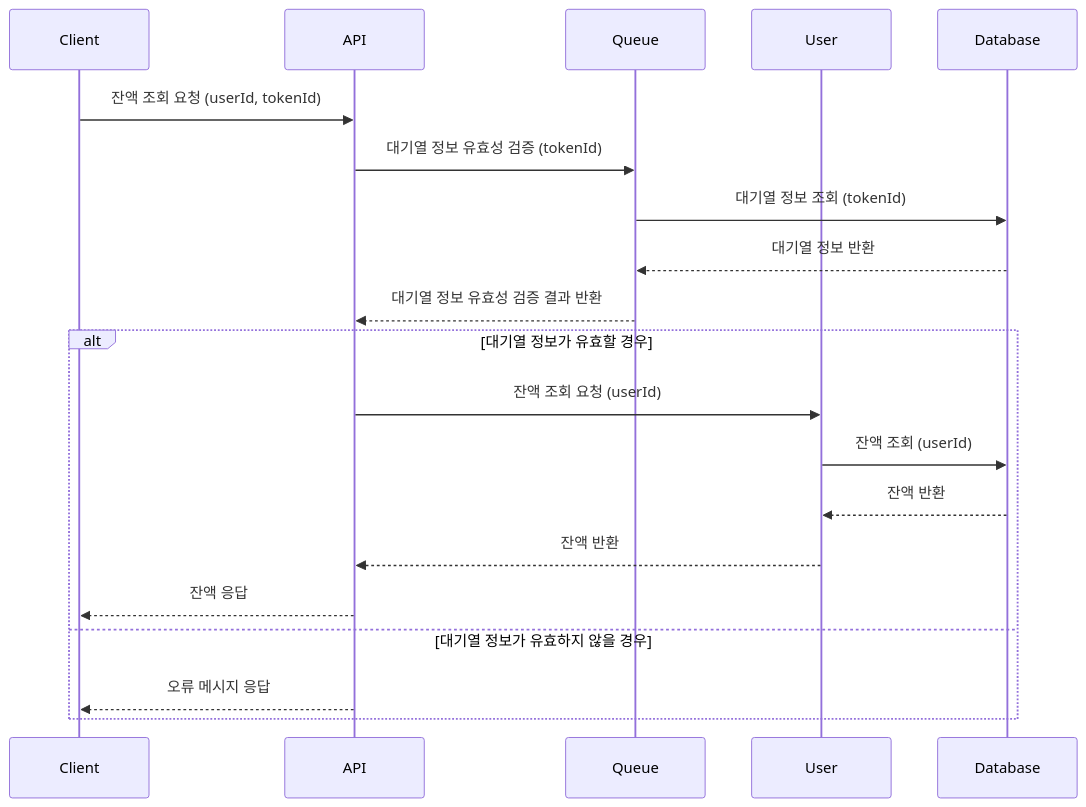
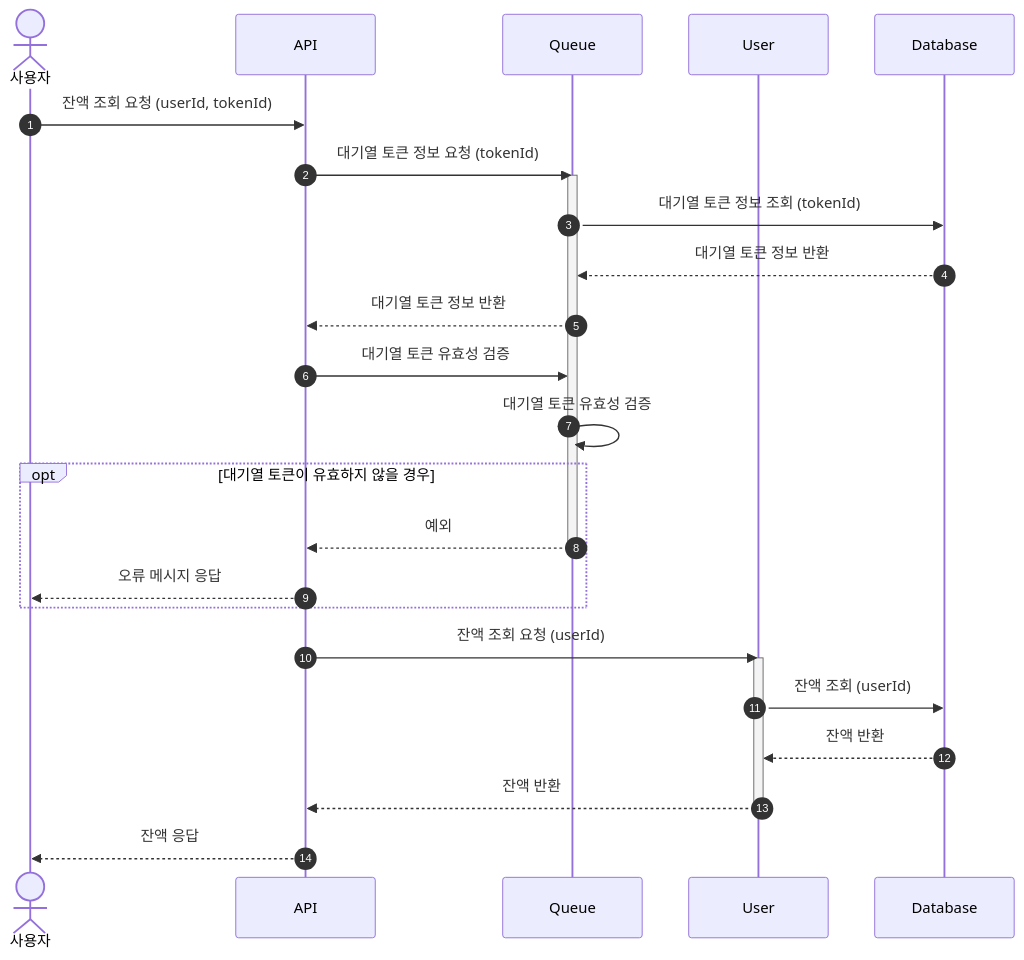
One commit to cocomongg/concert-reservation-system changed the sixth of 8 diagrams in docs/SequenceDiagram.md. Above: the diagram before and after it, drawn with Mermaid. The commit also changed other lines of this file, not shown here.

Commit message:
fix: sequence diagram 수정

````diff
--- a/docs/SequenceDiagram.md
+++ b/docs/SequenceDiagram.md
@@ -160,23 +216,30 @@
 ```mermaid
 sequenceDiagram
-    participant Client
+    autonumber
+    Actor U as 사용자
     participant API
     participant Queue
     participant User
     participant Database
-
-    Client->>API: 잔액 조회 요청 (userId, tokenId)
-    API->>Queue: 대기열 정보 유효성 검증 (tokenId)
-    Queue ->> Database: 대기열 정보 조회 (tokenId)
-    Database -->> Queue: 대기열 정보 반환
-    Queue -->> API: 대기열 정보 유효성 검증 결과 반환
-    alt 대기열 정보가 유효할 경우
-        API ->> User: 잔액 조회 요청 (userId)
-        User ->> Database: 잔액 조회 (userId)
-        Database -->> User: 잔액 반환
-        User -->> API: 잔액 반환
-        API -->> Client: 잔액 응답
-    else 대기열 정보가 유효하지 않을 경우
-        API -->> Client: 오류 메시지 응답
+    
+    U->>API: 잔액 조회 요청 (userId, tokenId)
+    API->>Queue: 대기열 토큰 정보 요청 (tokenId)
+    activate Queue
+    Queue ->> Database: 대기열 토큰 정보 조회 (tokenId)
+    Database -->> Queue: 대기열 토큰 정보 반환
+    Queue -->> API: 대기열 토큰 정보 반환
+    API ->> Queue: 대기열 토큰 유효성 검증
+    Queue ->> Queue: 대기열 토큰 유효성 검증
+    opt 대기열 토큰이 유효하지 않을 경우
+        Queue -->> API: 예외
+        deactivate Queue
+        API -->> U: 오류 메시지 응답
     end
+    API ->> User: 잔액 조회 요청 (userId)
+    activate User
+    User ->> Database: 잔액 조회 (userId)
+    Database -->> User: 잔액 반환
+    User -->> API: 잔액 반환
+    deactivate User
+    API -->> U: 잔액 응답
 ```
````
